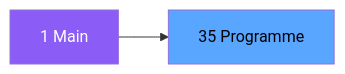
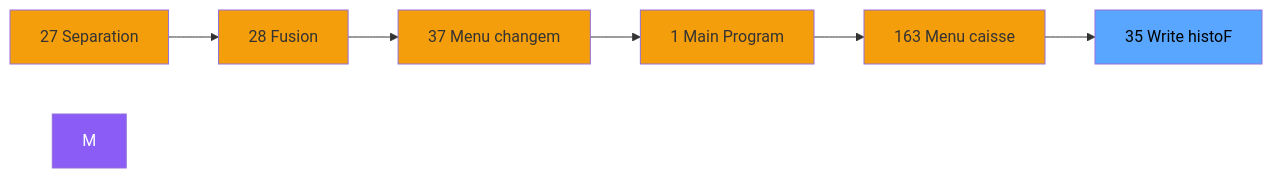
Before and after one commit to thonyAGP/magic-migration: the second of 3 diagrams in .openspec/specs/ADH-IDE-35.md, drawn with Mermaid. The commit also changed other lines of this file and 323 other files, not shown here.

````diff
--- a/.openspec/specs/ADH-IDE-35.md
+++ b/.openspec/specs/ADH-IDE-35.md
@@ -98,8 +106,21 @@
 ```mermaid
 graph LR
-    M[1 Main]
-    T[35 Programme]
-    M --> T
+    N27[27 Separation]
+    N28[28 Fusion]
+    N37[37 Menu changem]
+    N1[1 Main Program]
+    N163[163 Menu caisse ]
+    T[35 Write histoF]
+    N27 --> N28
+    N28 --> N37
+    N37 --> N1
+    N1 --> N163
+    N163 --> T
     style M fill:#8b5cf6,color:#fff
+    style N27 fill:#f59e0b
+    style N28 fill:#f59e0b
+    style N37 fill:#f59e0b
+    style N1 fill:#f59e0b
+    style N163 fill:#f59e0b
     style T fill:#58a6ff,color:#000
 ```
````
